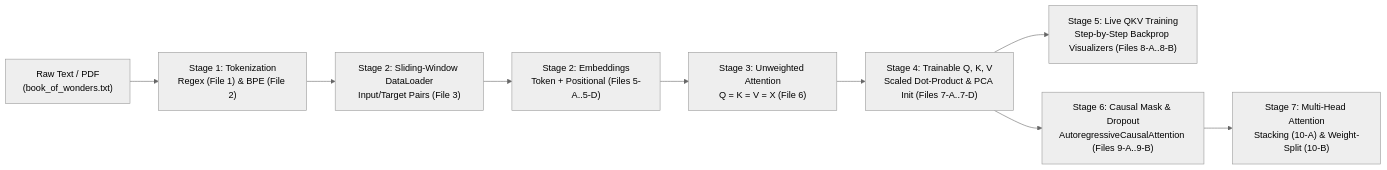
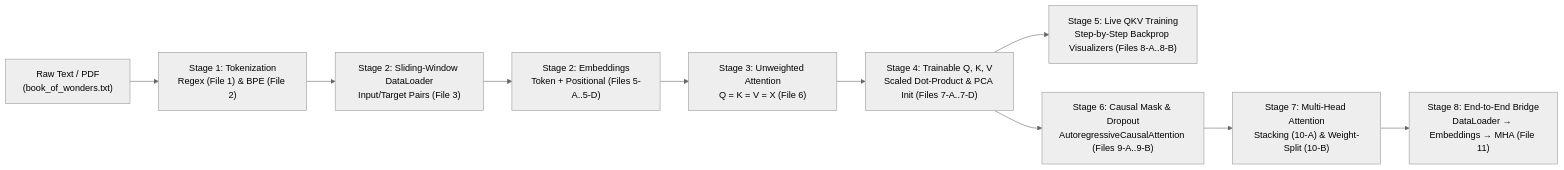
Before and after one commit to a-ramakrishnan/tokenize_to_Q_K_V: the diagram in README.md, drawn with Mermaid (neutral theme). The commit also changed other lines of this file and 1 other file, not shown here.

Commit message:
Add File 11: End-to-end DataLoader to Embeddings to MultiHeadAttention bridge

````diff
--- a/README.md
+++ b/README.md
@@ -25,11 +25,12 @@
 ```mermaid
 flowchart LR
     A["Raw Text / PDF<br/>(book_of_wonders.txt)"] --> B["Stage 1: Tokenization<br/>Regex (File 1) & BPE (File 2)"]
     B --> C["Stage 2: Sliding-Window DataLoader<br/>Input/Target Pairs (File 3)"]
     C --> D["Stage 2: Embeddings<br/>Token + Positional (Files 5-A..5-D)"]
     D --> E["Stage 3: Unweighted Attention<br/>Q = K = V = X (File 6)"]
     E --> F["Stage 4: Trainable Q, K, V<br/>Scaled Dot-Product & PCA Init (Files 7-A..7-D)"]
     F --> G["Stage 5: Live QKV Training<br/>Step-by-Step Backprop Visualizers (Files 8-A..8-B)"]
     F --> H["Stage 6: Causal Mask & Dropout<br/>AutoregressiveCausalAttention (Files 9-A..9-B)"]
     H --> I["Stage 7: Multi-Head Attention<br/>Stacking (10-A) & Weight-Split (10-B)"]
+    I --> J["Stage 8: End-to-End Bridge<br/>DataLoader → Embeddings → MHA (File 11)"]
 ```
````
